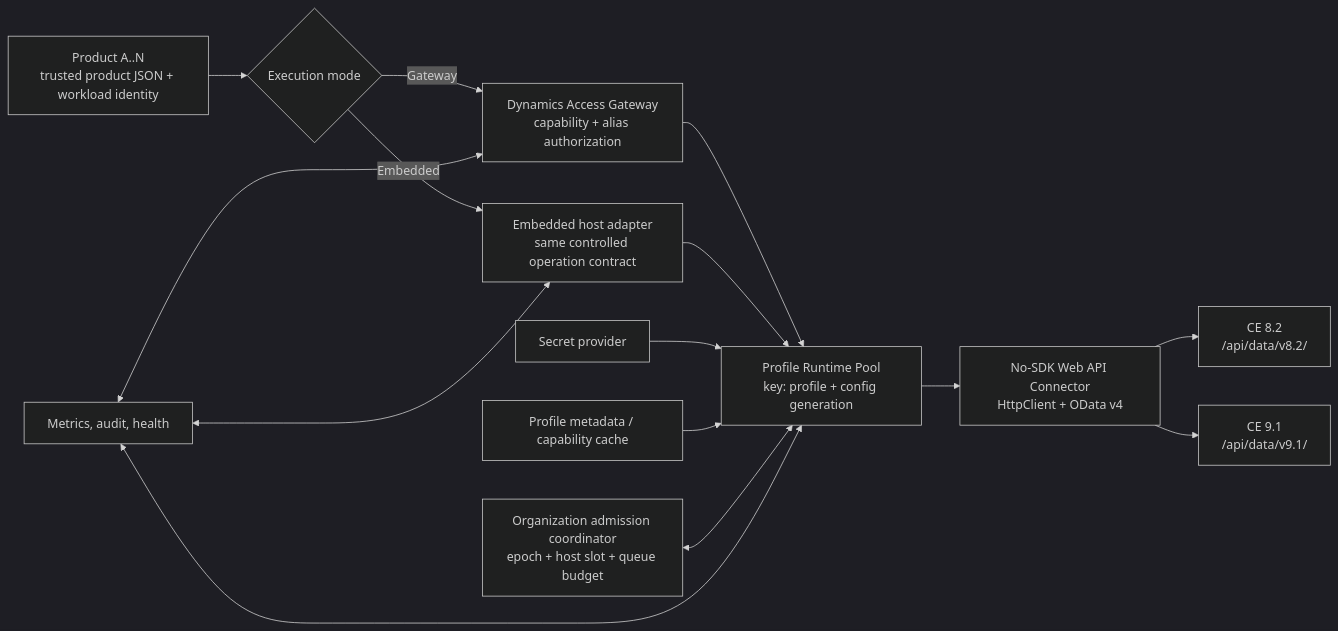
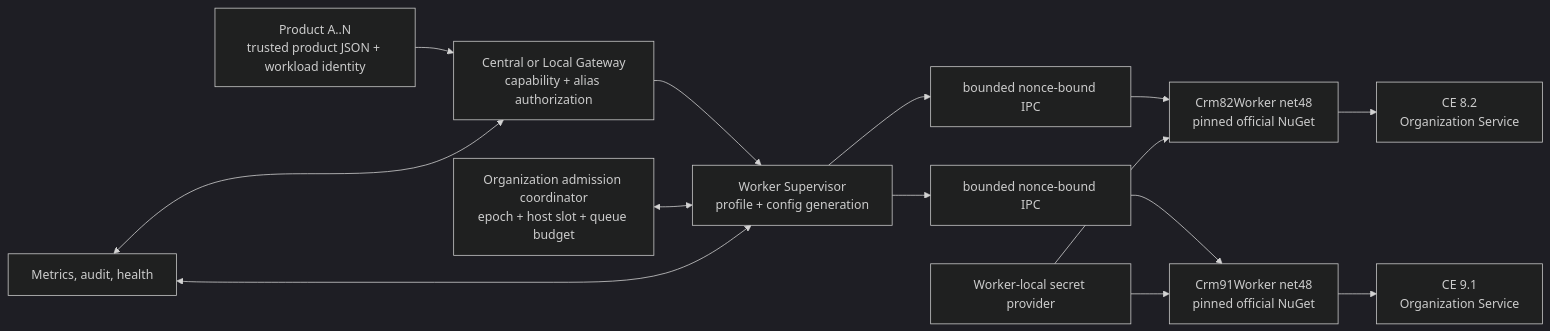
Before and after one commit to MengSung/SpeechMessageProducts: the diagram in .trellis/tasks/07-23-dynamics-connection-compatibility/design.md, drawn with Mermaid (dark theme). The commit also changed other lines of this file and 149 other files, not shown here.

```diff
--- a/.trellis/tasks/07-23-dynamics-connection-compatibility/design.md
+++ b/.trellis/tasks/07-23-dynamics-connection-compatibility/design.md
@@ -138,18 +195,17 @@
 ~~~mermaid
 flowchart LR
-  P1["Product A..N<br/>trusted product JSON + workload identity"] --> M{"Execution mode"}
-  M -->|Gateway| G["Dynamics Access Gateway<br/>capability + alias authorization"]
-  M -->|Embedded| E["Embedded host adapter<br/>same controlled operation contract"]
-  G --> R["Profile Runtime Pool<br/>key: profile + config generation"]
-  E --> R
-  R --> W["No-SDK Web API Connector<br/>HttpClient + OData v4"]
-  W --> C82["CE 8.2<br/>/api/data/v8.2/"]
-  W --> C91["CE 9.1<br/>/api/data/v9.1/"]
+  P1["Product A..N<br/>trusted product JSON + workload identity"] --> G["Central or Local Gateway<br/>capability + alias authorization"]
+  G --> R["Worker Supervisor<br/>profile + config generation"]
+  R --> P82["bounded nonce-bound IPC"]
+  R --> P91["bounded nonce-bound IPC"]
+  P82 --> W82["Crm82Worker net48<br/>pinned official NuGet"]
+  P91 --> W91["Crm91Worker net48<br/>pinned official NuGet"]
+  W82 --> C82["CE 8.2<br/>Organization Service"]
+  W91 --> C91["CE 9.1<br/>Organization Service"]
 
-  S["Secret provider"] --> R
-  MC["Profile metadata / capability cache"] --> R
+  S["Worker-local secret provider"] --> W82
+  S --> W91
   A["Organization admission coordinator<br/>epoch + host slot + queue budget"] <--> R
   O["Metrics, audit, health"] <---> G
-  O <---> E
   O <---> R
 ~~~
```
